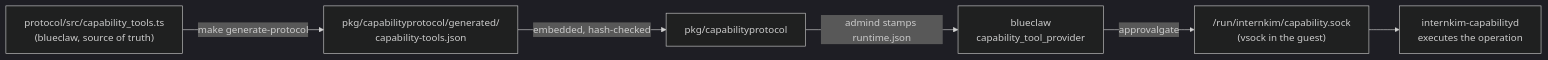
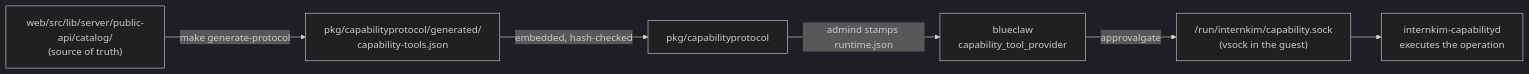
Before and after one commit to yeomyeonggeori/internkim: the diagram in docs/tools/index.mdx, drawn with Mermaid (dark theme). The commit also changed other lines of this file and 21 other files, not shown here.

````diff
--- a/docs/tools/index.mdx
+++ b/docs/tools/index.mdx
@@ -93,8 +93,8 @@
 ```mermaid
 flowchart LR
-  TS["protocol/src/capability_tools.ts<br/>(blueclaw, source of truth)"] -->|make generate-protocol| JSON["pkg/capabilityprotocol/generated/<br/>capability-tools.json"]
+  TS["web/src/lib/server/public-api/catalog/<br/>(source of truth)"] -->|make generate-protocol| JSON["pkg/capabilityprotocol/generated/<br/>capability-tools.json"]
   JSON -->|embedded, hash-checked| Go["pkg/capabilityprotocol"]
   Go -->|admind stamps runtime.json| Blueclaw["blueclaw<br/>capability_tool_provider"]
   Blueclaw -->|approvalgate| Socket["/run/internkim/capability.sock<br/>(vsock in the guest)"]
   Socket --> Capabilityd["internkim-capabilityd<br/>executes the operation"]
 ```
````
